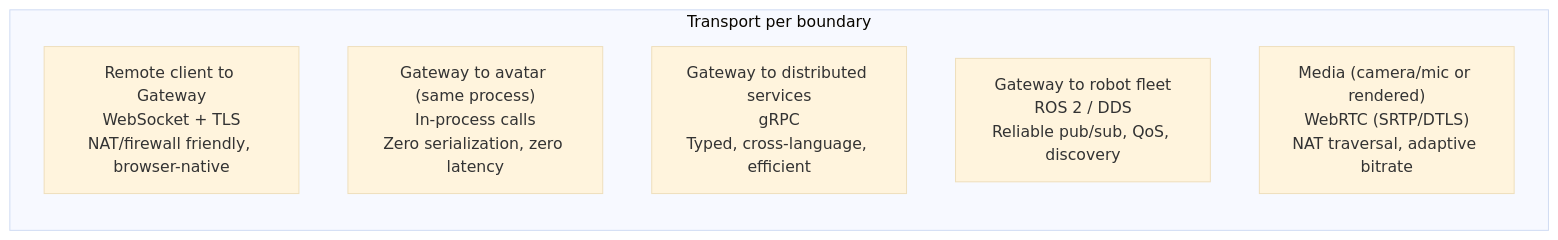
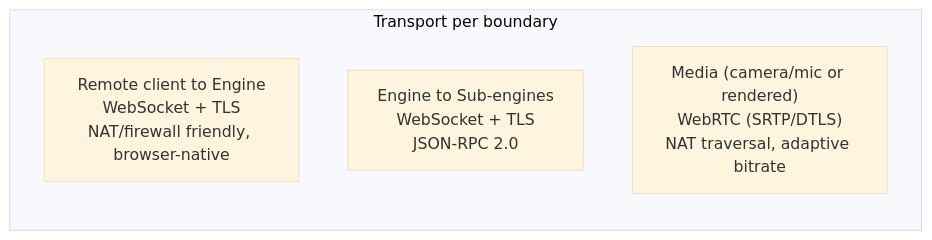
The diagram in docs/White Paper/transport-strategy.md (openrois/openrois-docs), drawn with Mermaid (base theme) before and after one commit. The commit also changed other lines of this file and 12 other files, not shown here.

First line of the commit message:
docs: update Docusaurus split pages with sub-engine terminology

````diff
--- a/docs/White Paper/transport-strategy.md
+++ b/docs/White Paper/transport-strategy.md
@@ -11,11 +11,9 @@
 ```mermaid
 flowchart LR
     subgraph Boundaries["Transport per boundary"]
         direction TB
-        B1["Remote client to Gateway<br/>WebSocket + TLS<br/>NAT/firewall friendly, browser-native"]
-        B2["Gateway to avatar (same process)<br/>In-process calls<br/>Zero serialization, zero latency"]
-        B3["Gateway to distributed services<br/>gRPC<br/>Typed, cross-language, efficient"]
-        B4["Gateway to robot fleet<br/>ROS 2 / DDS<br/>Reliable pub/sub, QoS, discovery"]
+        B1["Remote client to Engine<br/>WebSocket + TLS<br/>NAT/firewall friendly, browser-native"]
+        B4["Engine to Sub-engines<br/>WebSocket + TLS<br/>JSON-RPC 2.0"]
         B5["Media (camera/mic or rendered)<br/>WebRTC (SRTP/DTLS)<br/>NAT traversal, adaptive bitrate"]
     end
 ```
````
